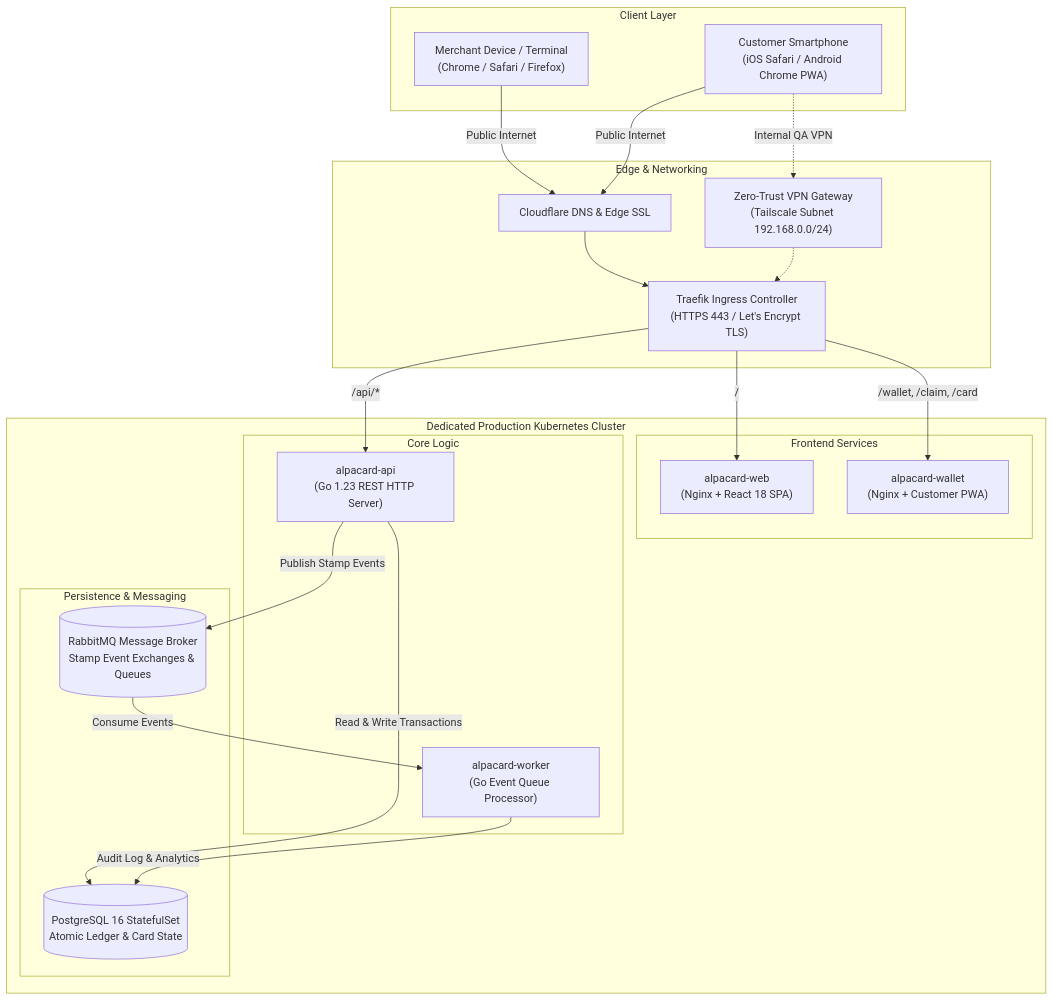
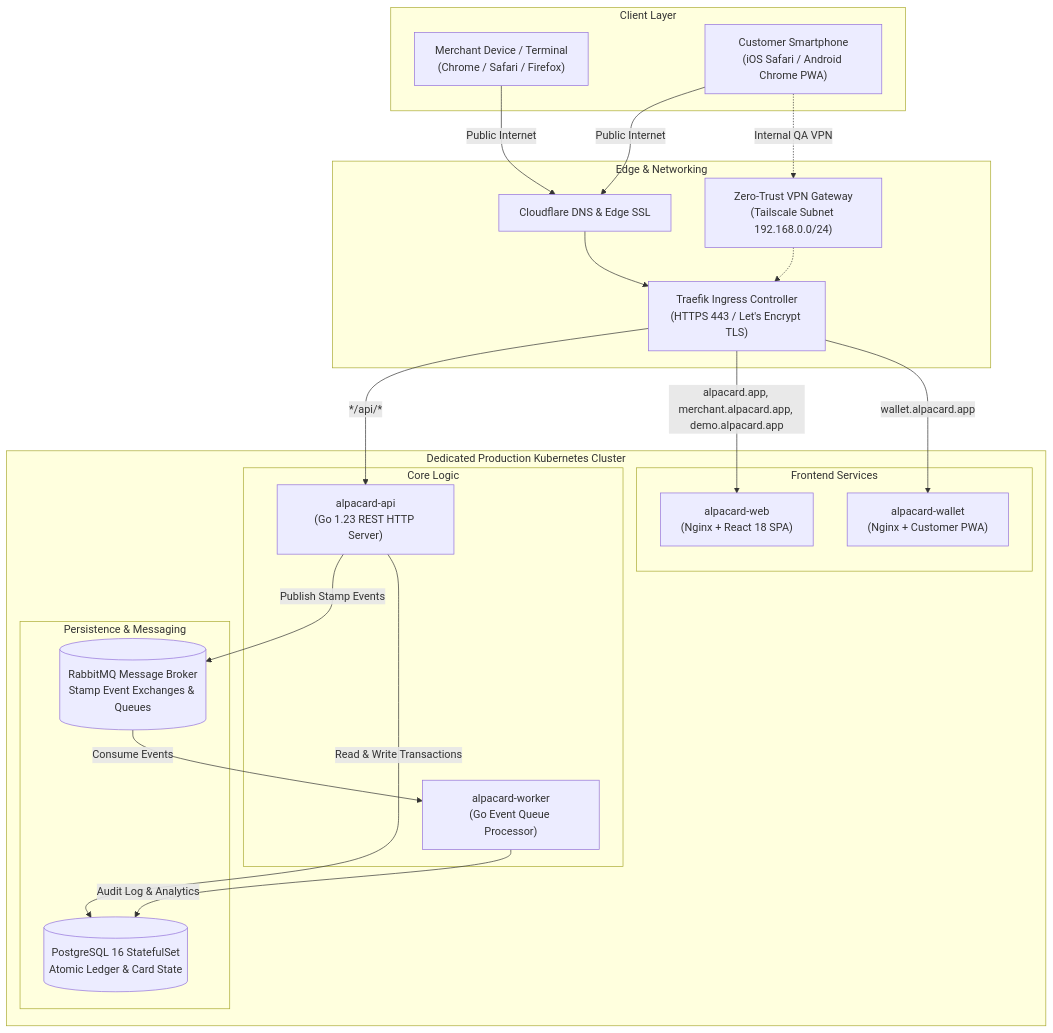
One commit to Gabmetal/alpacard-web changed the first of 3 diagrams in wiki/Architecture-Overview.md. Above: the diagram before and after it, drawn with Mermaid. The commit also changed other lines of this file and 36 other files, not shown here.

````diff
--- a/wiki/Architecture-Overview.md
+++ b/wiki/Architecture-Overview.md
@@ -9,45 +9,45 @@
 ```mermaid
 flowchart TB
     subgraph Clients ["Client Layer"]
         M_BROWSER["Merchant Device / Terminal<br/>(Chrome / Safari / Firefox)"]
         C_PHONE["Customer Smartphone<br/>(iOS Safari / Android Chrome PWA)"]
     end
 
     subgraph Edge ["Edge & Networking"]
         DNS["Cloudflare DNS & Edge SSL"]
         ROUTER["Zero-Trust VPN Gateway<br/>(Tailscale Subnet 192.168.0.0/24)"]
         INGRESS["Traefik Ingress Controller<br/>(HTTPS 443 / Let's Encrypt TLS)"]
     end
 
     subgraph K8s ["Dedicated Production Kubernetes Cluster"]
         subgraph FrontendPods ["Frontend Services"]
             SVC_WEB["alpacard-web<br/>(Nginx + React 18 SPA)"]
             SVC_WALLET["alpacard-wallet<br/>(Nginx + Customer PWA)"]
         end
 
         subgraph BackendPods ["Core Logic"]
             SVC_API["alpacard-api<br/>(Go 1.23 REST HTTP Server)"]
             SVC_WORKER["alpacard-worker<br/>(Go Event Queue Processor)"]
         end
 
         subgraph StoragePods ["Persistence & Messaging"]
             DB_POSTGRES[("PostgreSQL 16 StatefulSet<br/>Atomic Ledger & Card State")]
             MQ_RABBIT[("RabbitMQ Message Broker<br/>Stamp Event Exchanges & Queues")]
         end
     end
 
     M_BROWSER -->|Public Internet| DNS
     DNS --> INGRESS
     C_PHONE -->|Public Internet| DNS
     C_PHONE -.->|Internal QA VPN| ROUTER
     ROUTER -.-> INGRESS
 
-    INGRESS -->|/| SVC_WEB
-    INGRESS -->|/wallet, /claim, /card| SVC_WALLET
-    INGRESS -->|/api/*| SVC_API
+    INGRESS -->|alpacard.app, merchant.alpacard.app, demo.alpacard.app| SVC_WEB
+    INGRESS -->|wallet.alpacard.app| SVC_WALLET
+    INGRESS -->|*/api/*| SVC_API
 
     SVC_API -->|Read & Write Transactions| DB_POSTGRES
     SVC_API -->|Publish Stamp Events| MQ_RABBIT
     MQ_RABBIT -->|Consume Events| SVC_WORKER
     SVC_WORKER -->|Audit Log & Analytics| DB_POSTGRES
 ```
````
